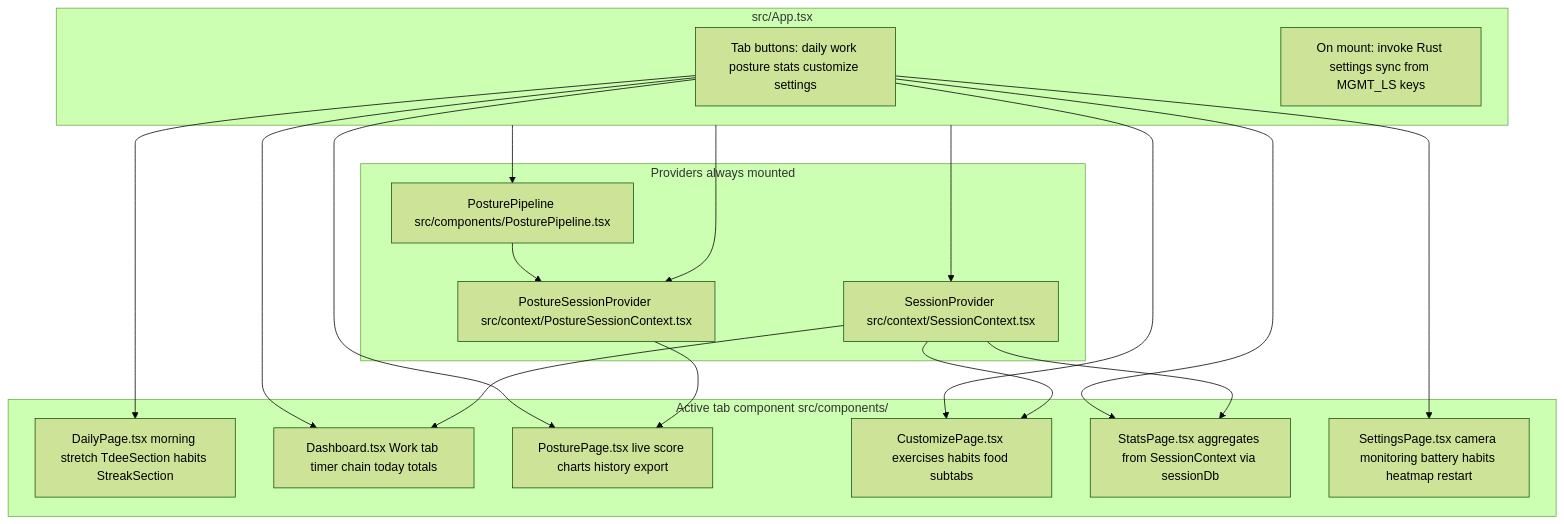
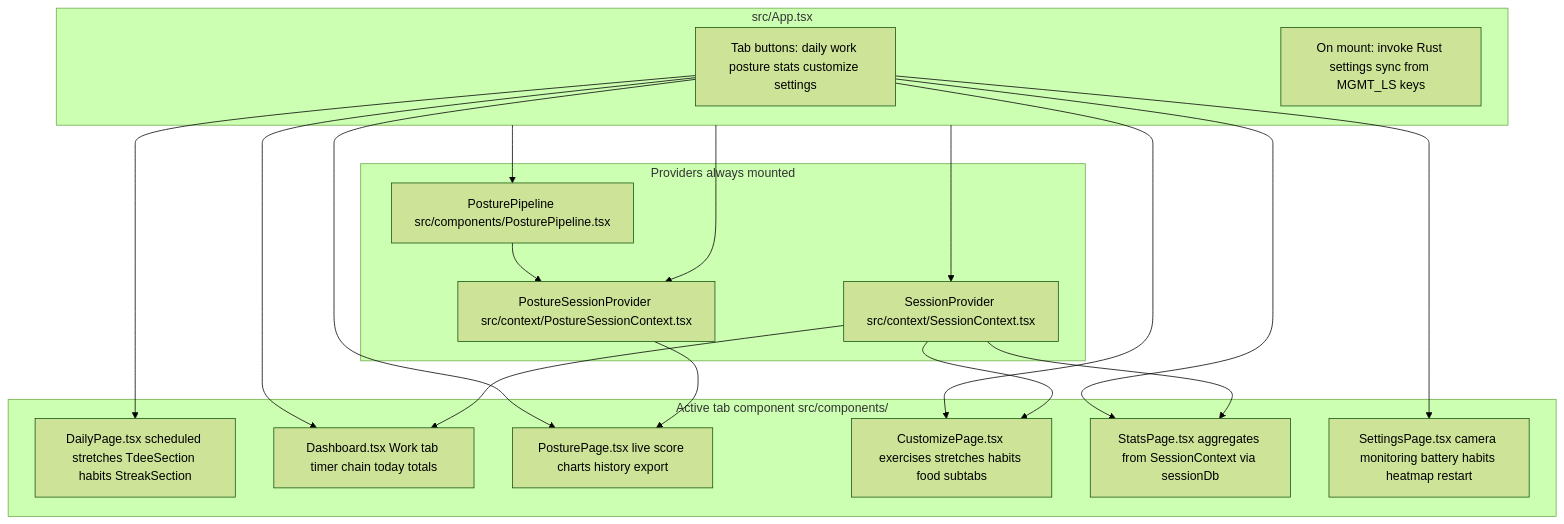
One commit to jdserenity/management changed the first of 3 diagrams in docs/ARCHITECTURE.md. Above: the diagram before and after it, drawn with Mermaid (forest theme). The commit also changed other lines of this file and 7 other files, not shown here.

First line of the commit message:
Wire stretch creator into Customize and Daily tabs.

````diff
--- a/docs/ARCHITECTURE.md
+++ b/docs/ARCHITECTURE.md
@@ -74,34 +74,34 @@
 ```mermaid
 flowchart TB
   subgraph app["src/App.tsx"]
     nav["Tab buttons: daily work posture stats customize settings"]
     boot["On mount: invoke Rust settings sync from MGMT_LS keys"]
   end
   subgraph providers["Providers always mounted"]
     SP["SessionProvider src/context/SessionContext.tsx"]
     PSP["PostureSessionProvider src/context/PostureSessionContext.tsx"]
     PL["PosturePipeline src/components/PosturePipeline.tsx"]
   end
   subgraph tabs["Active tab component src/components/"]
-    Daily["DailyPage.tsx morning stretch TdeeSection habits StreakSection"]
+    Daily["DailyPage.tsx scheduled stretches TdeeSection habits StreakSection"]
     D["Dashboard.tsx Work tab timer chain today totals"]
     PPg["PosturePage.tsx live score charts history export"]
-    CW["CustomizePage.tsx exercises habits food subtabs"]
+    CW["CustomizePage.tsx exercises stretches habits food subtabs"]
     ST["StatsPage.tsx aggregates from SessionContext via sessionDb"]
     SE["SettingsPage.tsx camera monitoring battery habits heatmap restart"]
   end
   nav --> Daily
   nav --> D
   nav --> PPg
   nav --> CW
   nav --> ST
   nav --> SE
   app --> SP
   app --> PSP
   app --> PL
   SP --> D
   SP --> CW
   SP --> ST
   PSP --> PPg
   PL --> PSP
 ```
````
